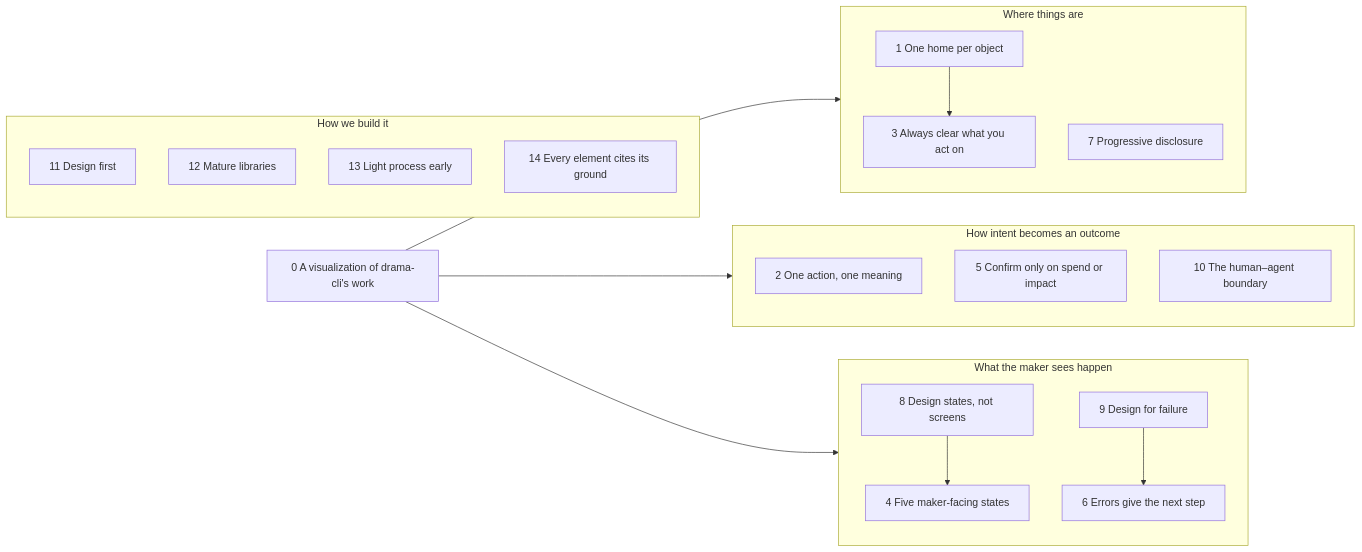
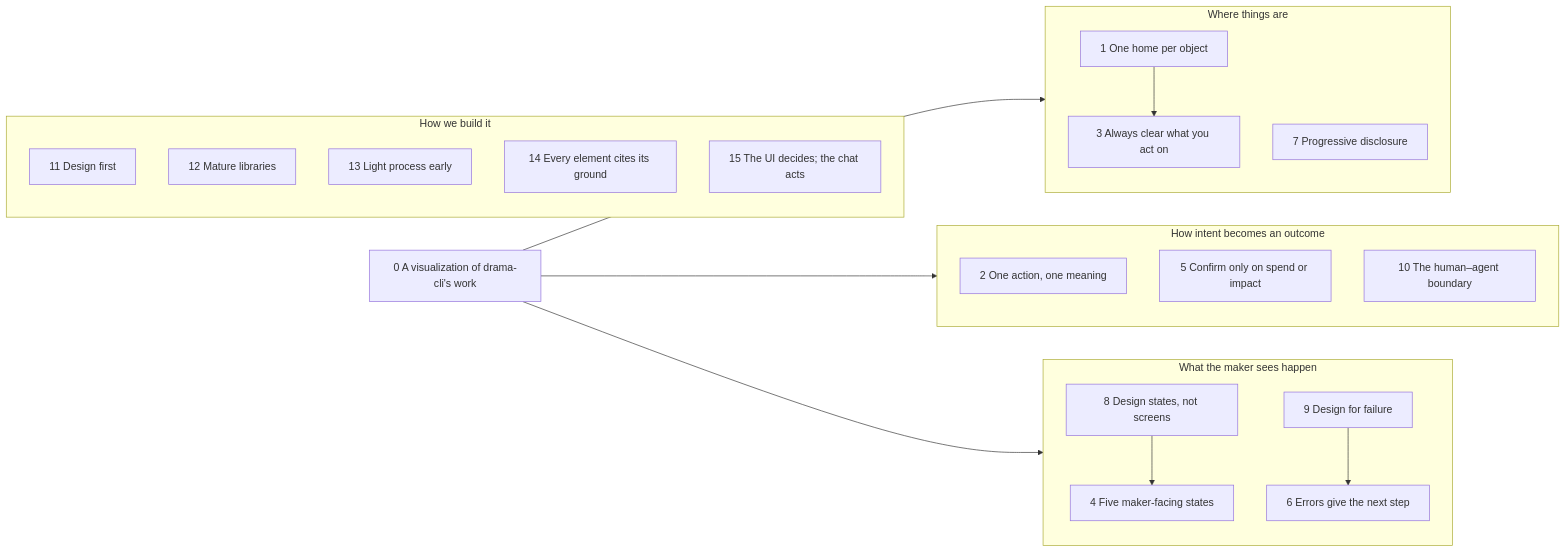
Before and after one commit to PineComputer/open-pinedrama: the first of 7 diagrams in docs/design-principles.md, drawn with Mermaid. The commit also changed other lines of this file and 1 other file, not shown here.

Commit message:
docs: D70 the UI decides, the chat acts; design principle 15 (our name); D8, D22 and D38 amended by it

````diff
--- a/docs/design-principles.md
+++ b/docs/design-principles.md
@@ -52,32 +52,33 @@
 ```mermaid
 flowchart LR
   P0[0 A visualization of drama-cli's work]
   subgraph Where["Where things are"]
     P1[1 One home per object]
     P3[3 Always clear what you act on]
     P7[7 Progressive disclosure]
   end
   subgraph How["How intent becomes an outcome"]
     P2[2 One action, one meaning]
     P5[5 Confirm only on spend or impact]
     P10[10 The human–agent boundary]
   end
   subgraph State["What the maker sees happen"]
     P4[4 Five maker-facing states]
     P8[8 Design states, not screens]
     P6[6 Errors give the next step]
     P9[9 Design for failure]
   end
   subgraph Making["How we build it"]
     P11[11 Design first]
     P12[12 Mature libraries]
     P13[13 Light process early]
     P14[14 Every element cites its ground]
+    P15[15 The UI decides; the chat acts]
   end
   P0 --> Where
   P0 --> How
   P0 --> State
   P8 --> P4
   P9 --> P6
   P1 --> P3
 ```
````
